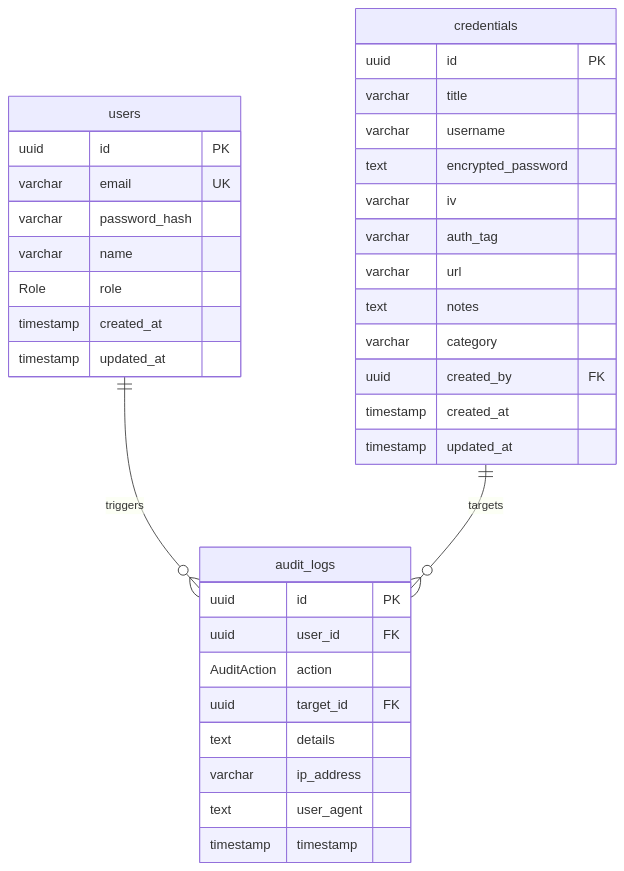
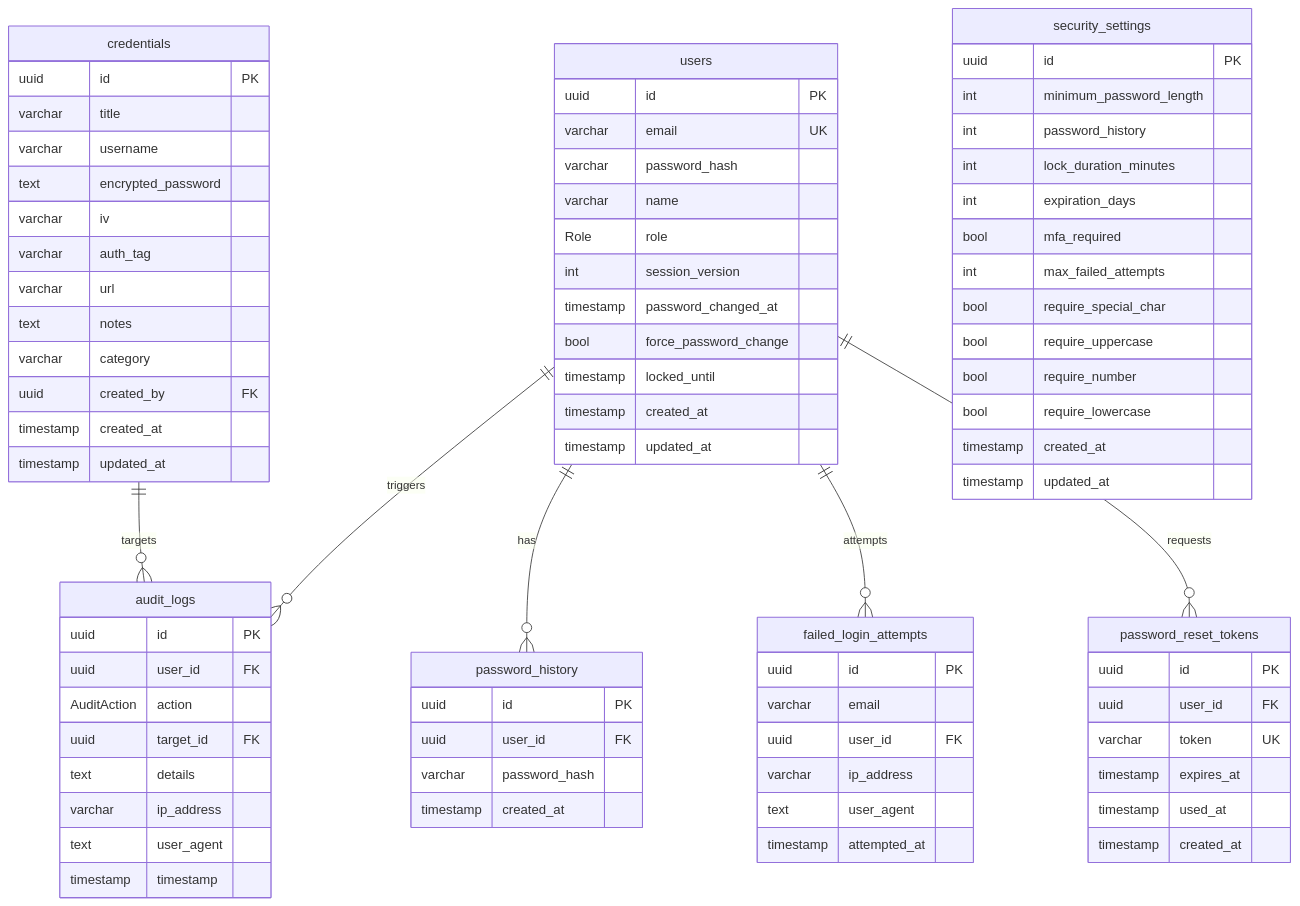
One commit to NajmAlzorqah/secure-vault changed the diagram in README.md. Above: the diagram before and after it, drawn with Mermaid. The commit also changed other lines of this file and 38 other files, not shown here.

````diff
--- a/README.md
+++ b/README.md
@@ -59,6 +158,10 @@
         varchar password_hash
         varchar name
         Role role
+        int session_version
+        timestamp password_changed_at
+        bool force_password_change
+        timestamp locked_until
         timestamp created_at
         timestamp updated_at
     }
@@ -86,7 +189,47 @@
         text user_agent
         timestamp timestamp
     }
+    security_settings {
+        uuid id PK
+        int minimum_password_length
+        int password_history
+        int lock_duration_minutes
+        int expiration_days
+        bool mfa_required
+        int max_failed_attempts
+        bool require_special_char
+        bool require_uppercase
+        bool require_number
+        bool require_lowercase
+        timestamp created_at
+        timestamp updated_at
+    }
+    password_history {
+        uuid id PK
+        uuid user_id FK
+        varchar password_hash
+        timestamp created_at
+    }
+    failed_login_attempts {
+        uuid id PK
+        varchar email
+        uuid user_id FK
+        varchar ip_address
+        text user_agent
+        timestamp attempted_at
+    }
+    password_reset_tokens {
+        uuid id PK
+        uuid user_id FK
+        varchar token UK
+        timestamp expires_at
+        timestamp used_at
+        timestamp created_at
+    }
 
     users ||--o{ audit_logs : "triggers"
+    users ||--o{ password_history : "has"
+    users ||--o{ failed_login_attempts : "attempts"
+    users ||--o{ password_reset_tokens : "requests"
     credentials ||--o{ audit_logs : "targets"
 ```
````
